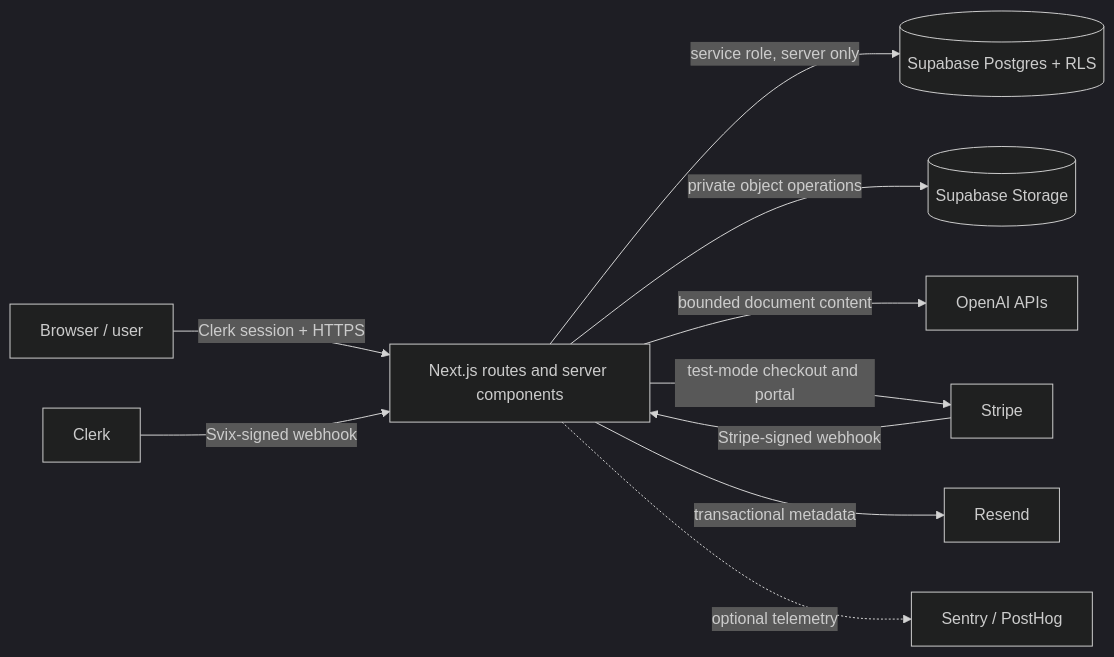
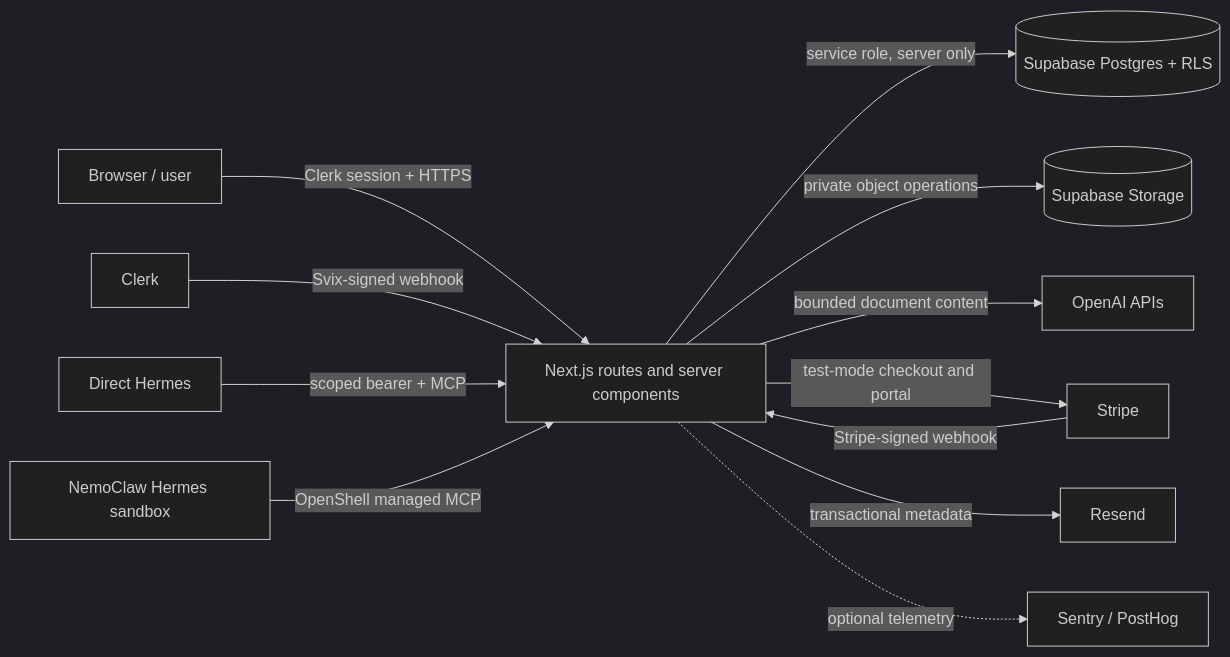
One commit to HarrisonBlake01/paperline changed the diagram in docs/security/threat-model.md. Above: the diagram before and after it, drawn with Mermaid (dark theme). The commit also changed other lines of this file and 63 other files, not shown here.

````diff
--- a/docs/security/threat-model.md
+++ b/docs/security/threat-model.md
@@ -19,12 +20,14 @@
 ```mermaid
 flowchart LR
   U[Browser / user] -->|Clerk session + HTTPS| N[Next.js routes and server components]
   N -->|service role, server only| D[(Supabase Postgres + RLS)]
   N -->|private object operations| S[(Supabase Storage)]
   N -->|bounded document content| O[OpenAI APIs]
   N -->|test-mode checkout and portal| T[Stripe]
   C[Clerk] -->|Svix-signed webhook| N
   T -->|Stripe-signed webhook| N
   N -->|transactional metadata| R[Resend]
   N -. optional telemetry .-> M[Sentry / PostHog]
+  H[Direct Hermes] -->|scoped bearer + MCP| N
+  NH[NemoClaw Hermes sandbox] -->|OpenShell managed MCP| N
 ```
````
